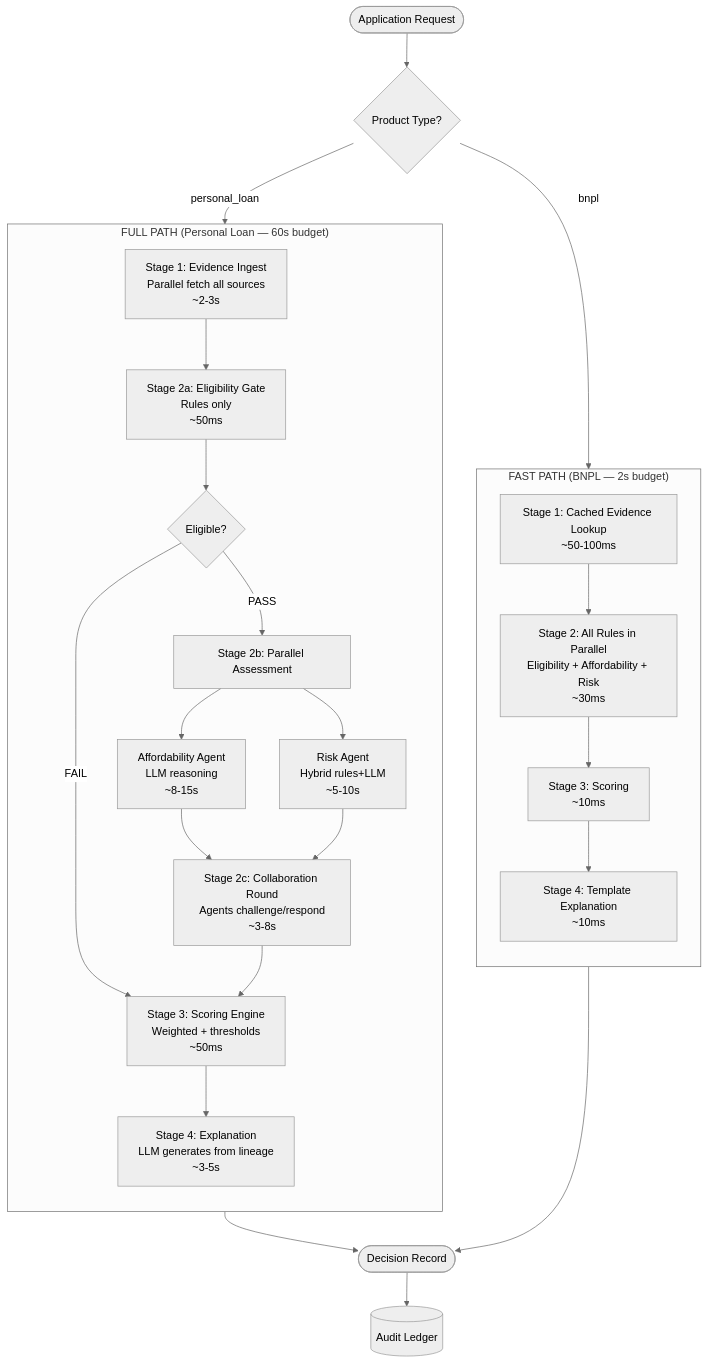
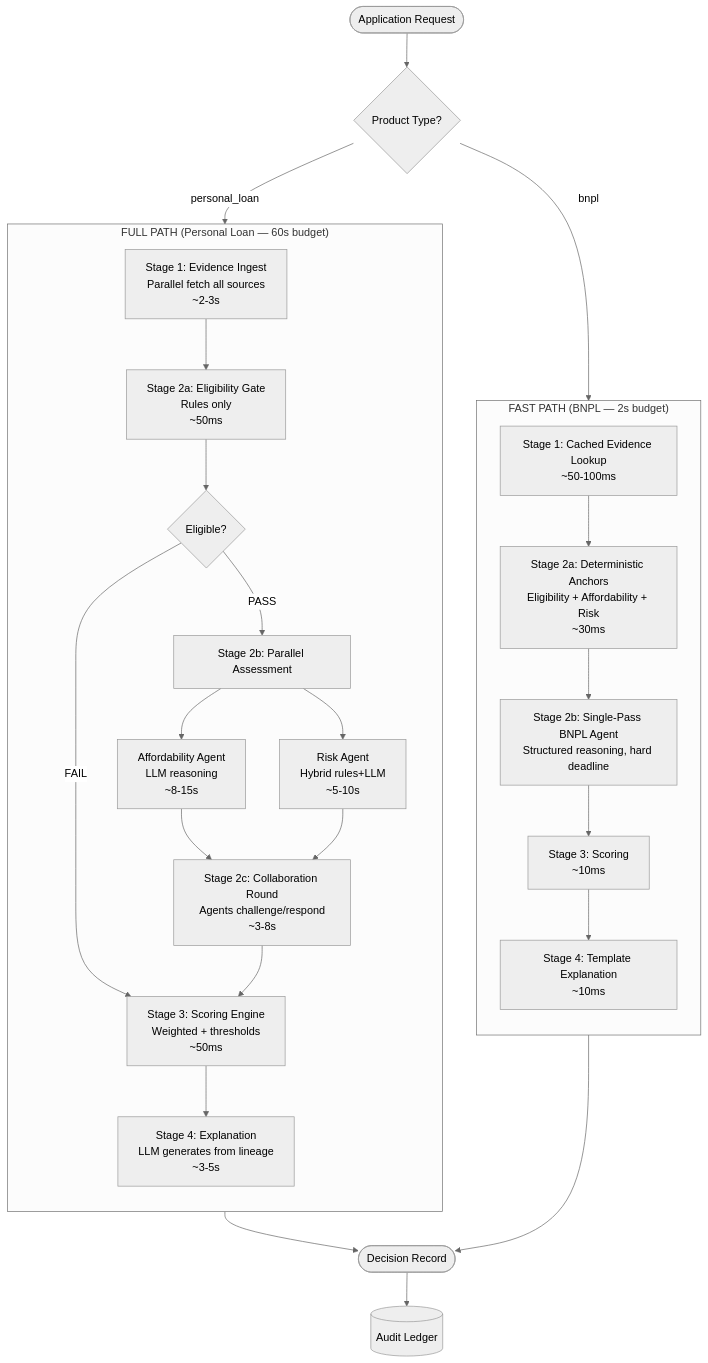
One commit to tuandtb0801/credit-genie changed the third of 17 diagrams in docs/architecture.md. Above: the diagram before and after it, drawn with Mermaid (neutral theme). The commit also changed other lines of this file and 16 other files, not shown here.

First line of the commit message:
feat: add bounded single-pass LLM reasoning agent to BNPL fast path

````diff
--- a/docs/architecture.md
+++ b/docs/architecture.md
@@ -106,47 +106,49 @@
 ```mermaid
 flowchart TD
     Start([Application Request]) --> ModeSelect{Product Type?}
     
     ModeSelect -->|personal_loan| FullPath
     ModeSelect -->|bnpl| FastPath
 
     subgraph FullPath["FULL PATH (Personal Loan — 60s budget)"]
         direction TB
         FP_Ingest[Stage 1: Evidence Ingest<br/>Parallel fetch all sources<br/>~2-3s]
         FP_Elig[Stage 2a: Eligibility Gate<br/>Rules only<br/>~50ms]
         FP_EligCheck{Eligible?}
         FP_Parallel[Stage 2b: Parallel Assessment]
         FP_Afford[Affordability Agent<br/>LLM reasoning<br/>~8-15s]
         FP_Risk[Risk Agent<br/>Hybrid rules+LLM<br/>~5-10s]
         FP_Collab[Stage 2c: Collaboration Round<br/>Agents challenge/respond<br/>~3-8s]
         FP_Score[Stage 3: Scoring Engine<br/>Weighted + thresholds<br/>~50ms]
         FP_Explain[Stage 4: Explanation<br/>LLM generates from lineage<br/>~3-5s]
         
         FP_Ingest --> FP_Elig
         FP_Elig --> FP_EligCheck
         FP_EligCheck -->|PASS| FP_Parallel
         FP_EligCheck -->|FAIL| FP_Score
         FP_Parallel --> FP_Afford
         FP_Parallel --> FP_Risk
         FP_Afford --> FP_Collab
         FP_Risk --> FP_Collab
         FP_Collab --> FP_Score
         FP_Score --> FP_Explain
     end
 
     subgraph FastPath["FAST PATH (BNPL — 2s budget)"]
         direction TB
         BP_Ingest[Stage 1: Cached Evidence Lookup<br/>~50-100ms]
-        BP_Rules[Stage 2: All Rules in Parallel<br/>Eligibility + Affordability + Risk<br/>~30ms]
+        BP_Rules[Stage 2a: Deterministic Anchors<br/>Eligibility + Affordability + Risk<br/>~30ms]
+        BP_Agent[Stage 2b: Single-Pass BNPL Agent<br/>Structured reasoning, hard deadline]
         BP_Score[Stage 3: Scoring<br/>~10ms]
         BP_Template[Stage 4: Template Explanation<br/>~10ms]
         
         BP_Ingest --> BP_Rules
-        BP_Rules --> BP_Score
+        BP_Rules --> BP_Agent
+        BP_Agent --> BP_Score
         BP_Score --> BP_Template
     end
 
     FullPath --> Decision([Decision Record])
     FastPath --> Decision
     Decision --> Ledger[(Audit Ledger)]
 ```
````
